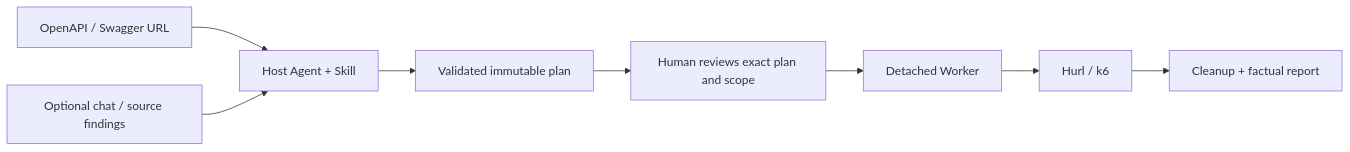
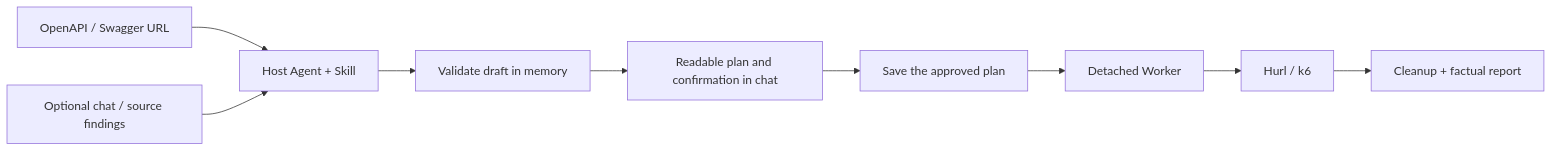
One commit to xucailiang/horus changed the diagram in docs/architecture.md. Above: the diagram before and after it, drawn with Mermaid. The commit also changed other lines of this file and 22 other files, not shown here.

````diff
--- a/docs/architecture.md
+++ b/docs/architecture.md
@@ -7,10 +7,11 @@
 ```mermaid
 flowchart LR
     API[OpenAPI / Swagger URL] --> Agent[Host Agent + Skill]
     Context[Optional chat / source findings] --> Agent
-    Agent --> Plan[Validated immutable plan]
-    Plan --> Review[Human reviews exact plan and scope]
-    Review --> Worker[Detached Worker]
+    Agent --> Draft[Validate draft in memory]
+    Draft --> Review[Readable plan and confirmation in chat]
+    Review --> Plan[Save the approved plan]
+    Plan --> Worker[Detached Worker]
     Worker --> Engines[Hurl / k6]
     Engines --> Report[Cleanup + factual report]
 ```
````
